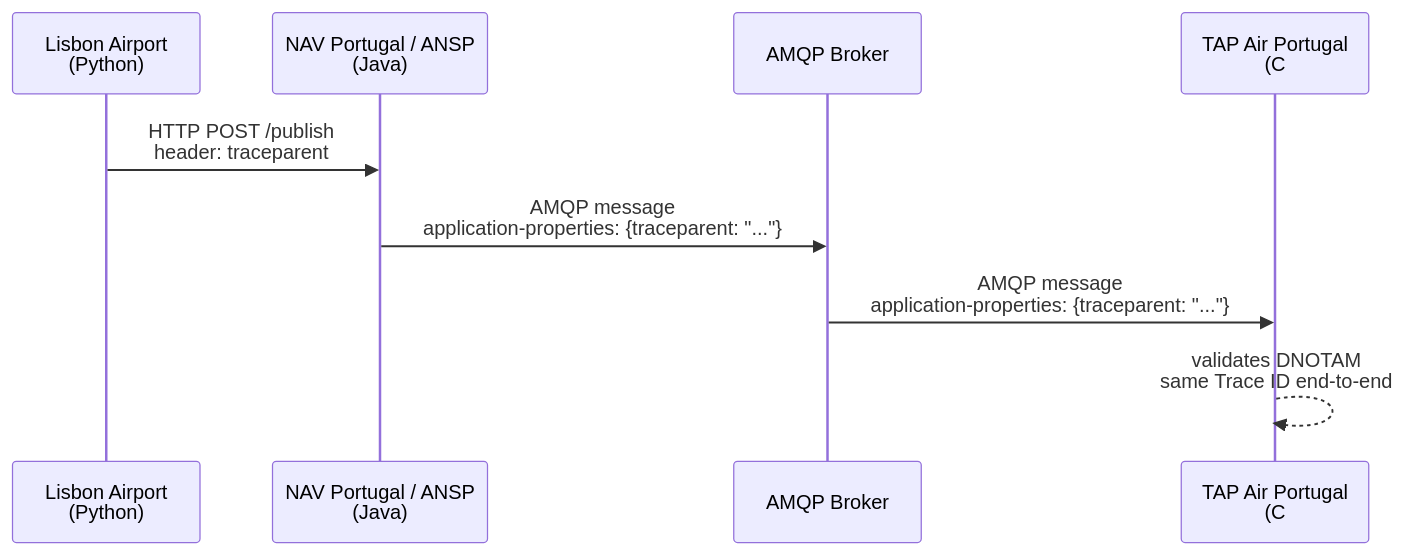
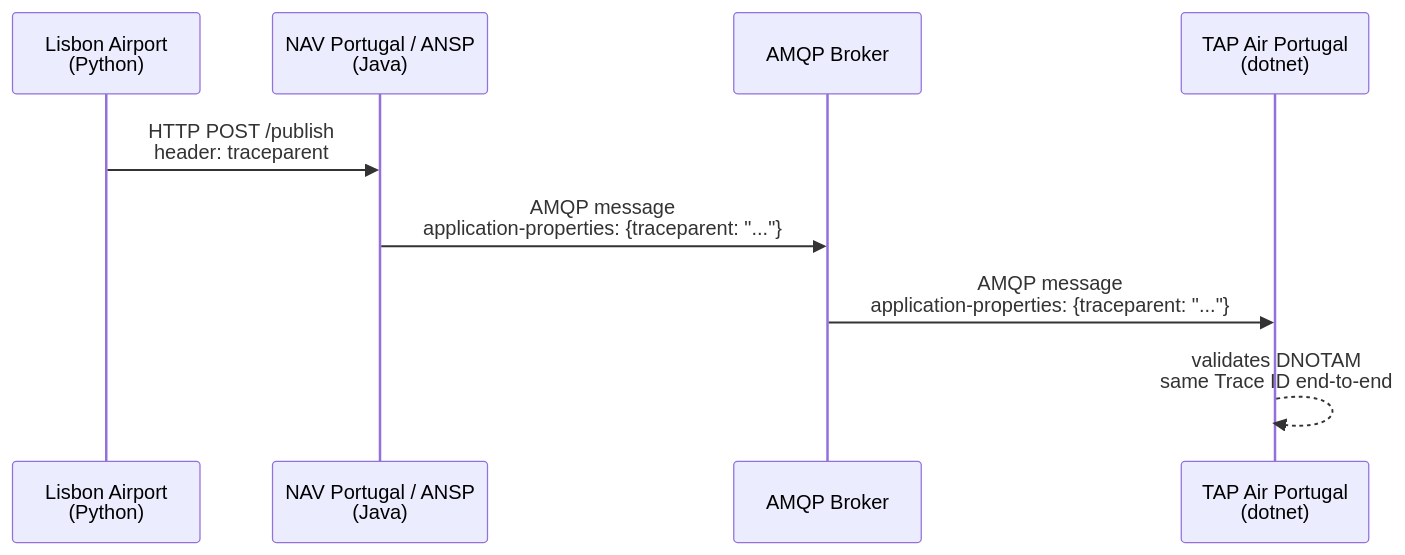
The diagram in docs/sfg-pitch-15min.md (swim-developer/swim-sfg-observability), drawn with Mermaid before and after one commit. The commit also changed other lines of this file, not shown here.

Commit message:
Fix Mermaid rendering: replace C# with dotnet

````diff
--- a/docs/sfg-pitch-15min.md
+++ b/docs/sfg-pitch-15min.md
@@ -38,12 +38,12 @@
 ```mermaid
 sequenceDiagram
     participant LIS as Lisbon Airport<br/>(Python)
     participant NAV as NAV Portugal / ANSP<br/>(Java)
     participant BRK as AMQP Broker
-    participant TAP as TAP Air Portugal<br/>(C#)
+    participant TAP as TAP Air Portugal<br/>(dotnet)
 
     LIS->>NAV: HTTP POST /publish<br/>header: traceparent
     NAV->>BRK: AMQP message<br/>application-properties: {traceparent: "..."}
     BRK->>TAP: AMQP message<br/>application-properties: {traceparent: "..."}
     TAP-->>TAP: validates DNOTAM<br/>same Trace ID end-to-end
 ```
````
